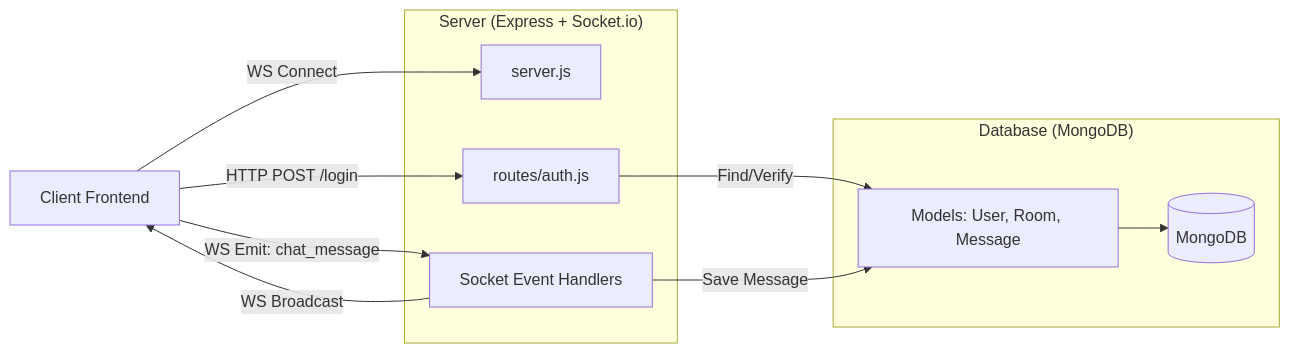
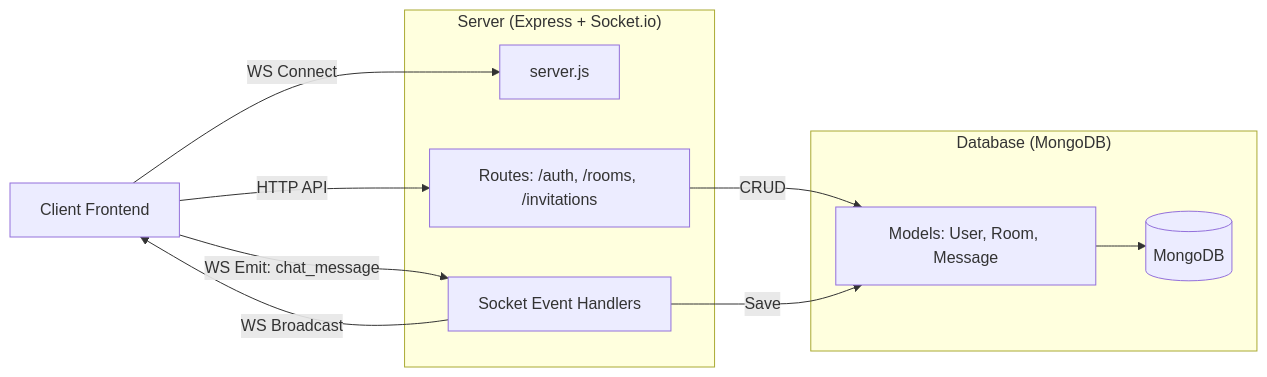
One commit to chandanyuva/chat_app changed the second of 2 diagrams in README.md. Above: the diagram before and after it, drawn with Mermaid. The commit also changed other lines of this file and 11 other files, not shown here.

````diff
--- a/README.md
+++ b/README.md
@@ -66,24 +111,24 @@
 ```mermaid
 graph LR
     Client[Client Frontend]
     
     subgraph "Server (Express + Socket.io)"
         Server[server.js]
-        Auth[routes/auth.js]
+        Routes[Routes: /auth, /rooms, /invitations]
         Socket[Socket Event Handlers]
     end
     
     subgraph "Database (MongoDB)"
         DB[(MongoDB)]
         Models[Models: User, Room, Message]
     end
 
-    Client -->|HTTP POST /login| Auth
-    Auth -->|Find/Verify| Models
+    Client -->|HTTP API| Routes
+    Routes -->|CRUD| Models
     Models --> DB
 
     Client -->|WS Connect| Server
     Client -->|WS Emit: chat_message| Socket
-    Socket -->|Save Message| Models
+    Socket -->|Save| Models
     Socket -->|WS Broadcast| Client
 ```
````
